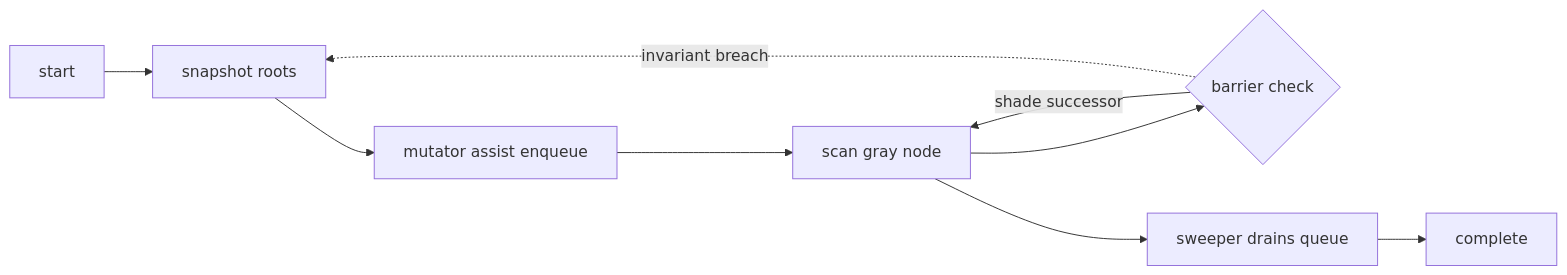
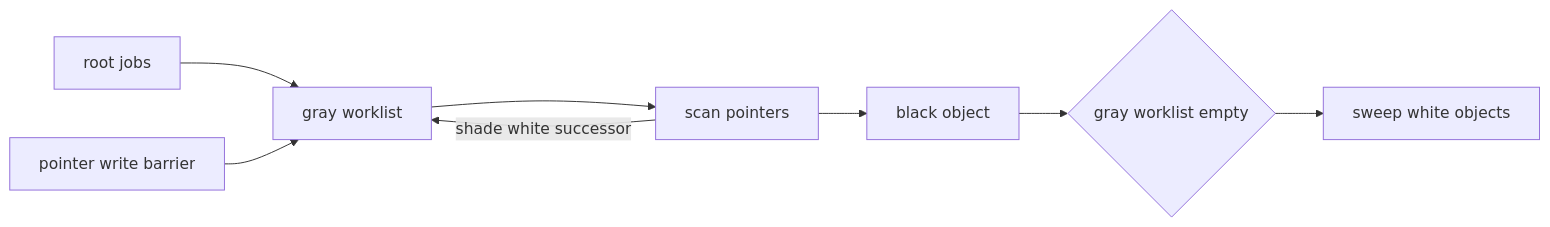
The diagram in content/thoughts/Tracing garbage collection.md (aarnphm/aarnphm.github.io), drawn with Mermaid before and after one commit. The commit also changed other lines of this file and 55 other files, not shown here.

````diff
--- a/content/thoughts/Tracing garbage collection.md
+++ b/content/thoughts/Tracing garbage collection.md
@@ -57,11 +34,10 @@
 ```mermaid
 flowchart LR
-    snapshot[start] --> Snapshot[snapshot roots]
-    Snapshot --> MutatorAssist[mutator assist enqueue]
-    MutatorAssist --> Marker[scan gray node]
-    Marker --> BarrierCheck{barrier check}
-    BarrierCheck -->|shade successor| Marker
-    BarrierCheck -.invariant breach.-> Snapshot
-    Marker --> Sweeper[sweeper drains queue]
-    Sweeper --> collection[complete]
+    Roots[root jobs] --> Gray[gray worklist]
+    Gray --> Scan[scan pointers]
+    Scan --> Black[black object]
+    Scan -->|shade white successor| Gray
+    Barrier[pointer write barrier] --> Gray
+    Black --> Done{gray worklist empty}
+    Done --> Sweep[sweep white objects]
 ```
````
